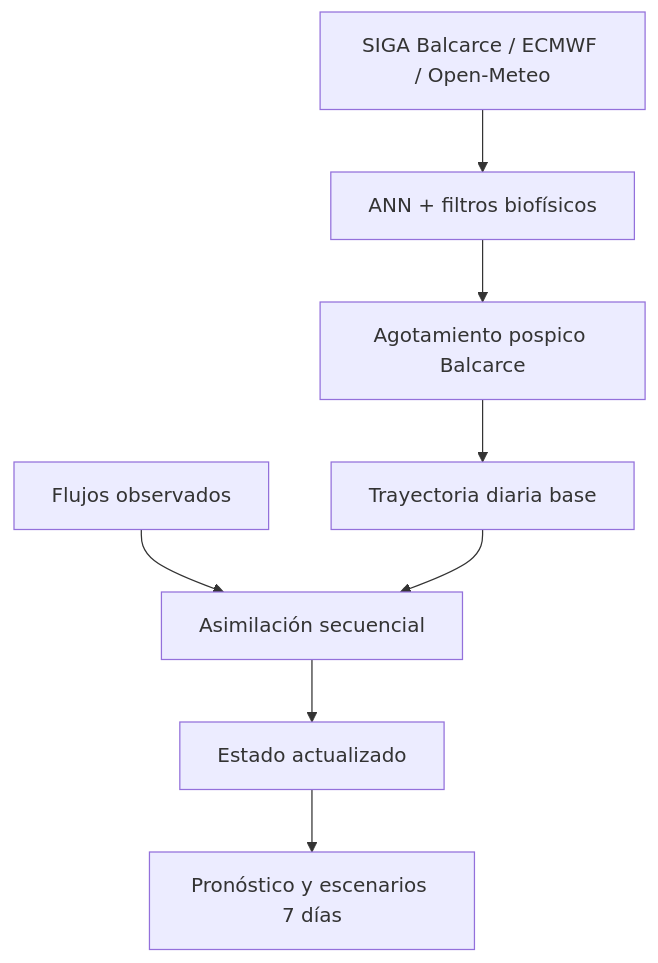
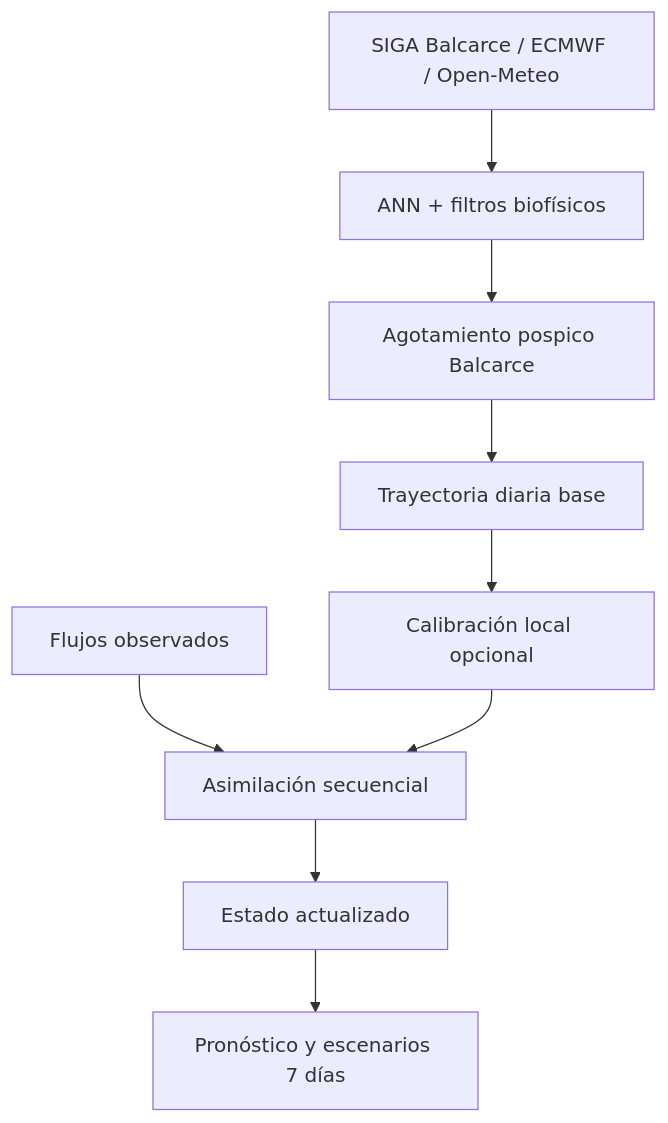
Before and after one commit to PREDWEEM/balca_digitaltween: the diagram in README.md, drawn with Mermaid. The commit also changed other lines of this file and 10 other files, not shown here.

First line of the commit message:
Incorpora calibración local de Balcarce con observaciones 2026

````diff
--- a/README.md
+++ b/README.md
@@ -14,10 +14,11 @@
 ```mermaid
 flowchart TD
     A["SIGA Balcarce / ECMWF / Open-Meteo"] --> B["ANN + filtros biofísicos"]
     B --> C["Agotamiento pospico Balcarce"]
     C --> D["Trayectoria diaria base"]
     E["Flujos observados"] --> F["Asimilación secuencial"]
-    D --> F
+    D --> I["Calibración local opcional"]
+    I --> F
     F --> G["Estado actualizado"]
     G --> H["Pronóstico y escenarios 7 días"]
 ```
````
